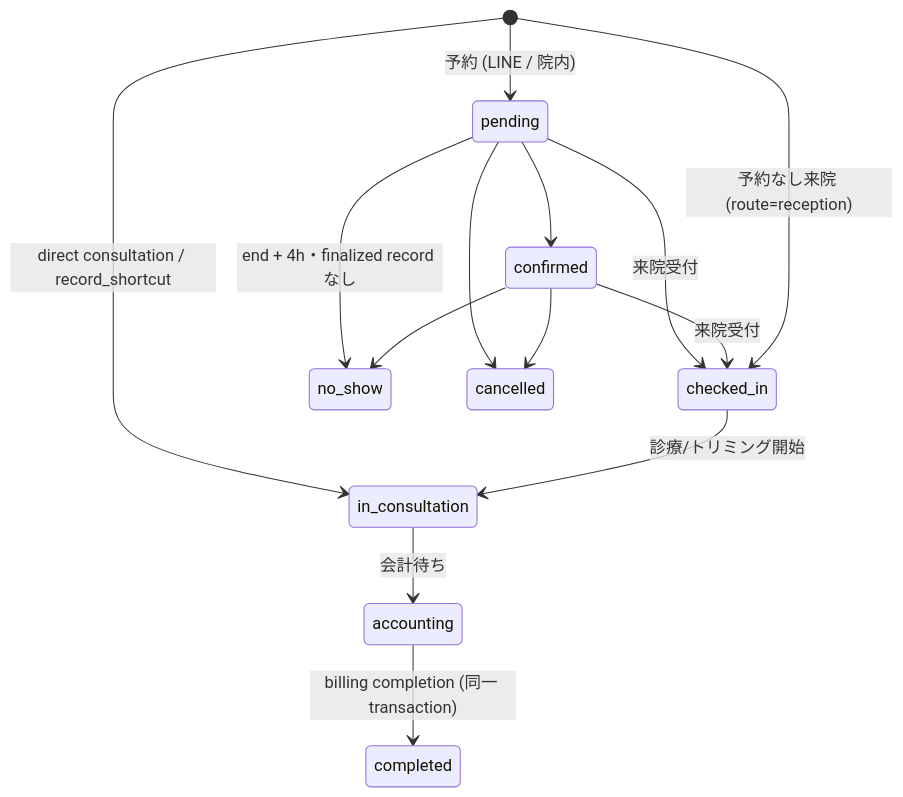
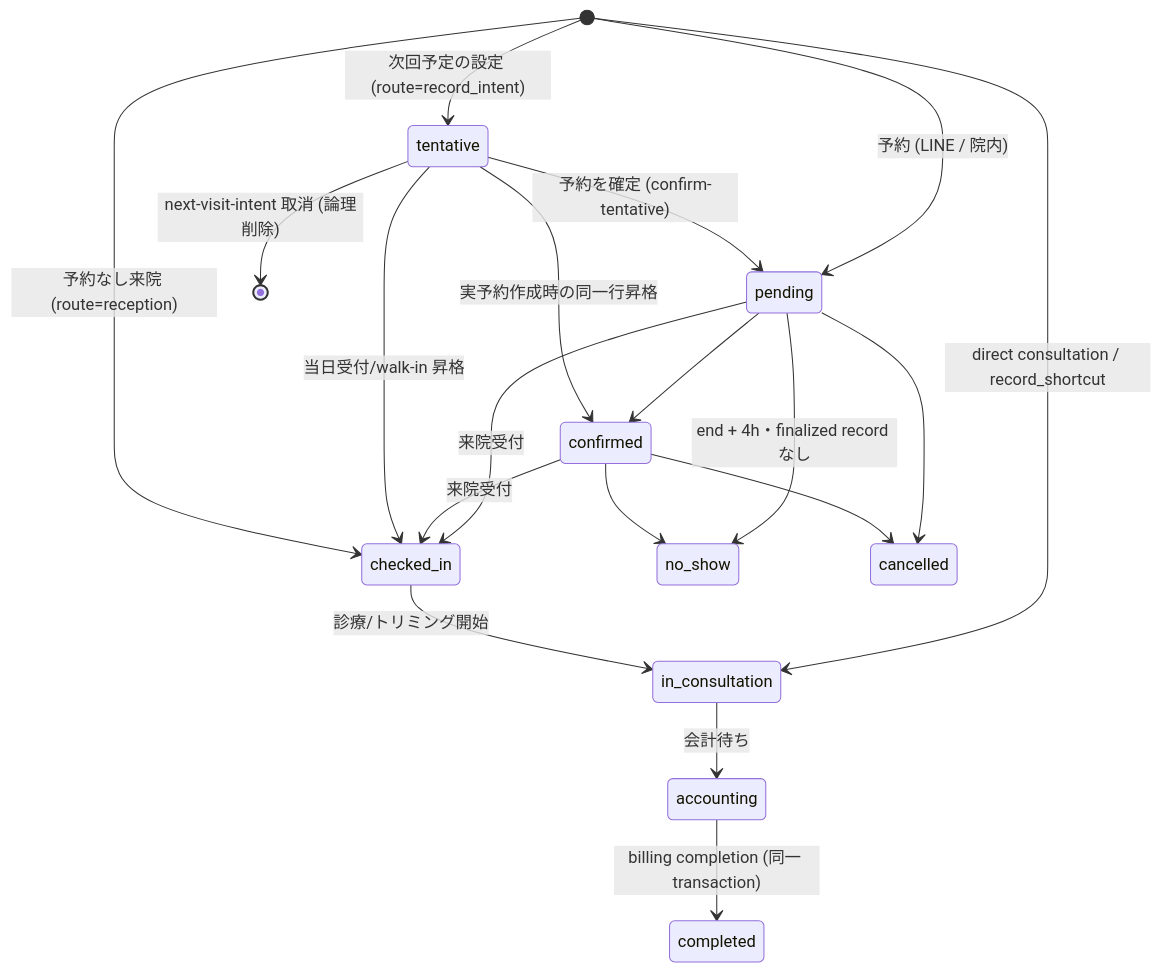
One commit to MinoruSoga/AnimalEkarte changed the diagram in docs/spec/reservation-to-record-flow.md. Above: the diagram before and after it, drawn with Mermaid. The commit also changed other lines of this file and 182 other files, not shown here.

````diff
--- a/docs/spec/reservation-to-record-flow.md
+++ b/docs/spec/reservation-to-record-flow.md
@@ -57,16 +60,21 @@
 ```mermaid
 stateDiagram-v2
     [*] --> pending : 予約 (LINE / 院内)
+    [*] --> tentative : 次回予定の設定 (route=record_intent)
     pending --> confirmed
     pending --> checked_in : 来院受付
     confirmed --> checked_in : 来院受付
+    tentative --> pending : 予約を確定 (confirm-tentative)
+    tentative --> confirmed : 実予約作成時の同一行昇格
+    tentative --> checked_in : 当日受付/walk-in 昇格
+    tentative --> [*] : next-visit-intent 取消 (論理削除)
     [*] --> checked_in : 予約なし来院 (route=reception)
     [*] --> in_consultation : direct consultation / record_shortcut
     checked_in --> in_consultation : 診療/トリミング開始
     in_consultation --> accounting : 会計待ち
     accounting --> completed : billing completion (同一 transaction)
     pending --> no_show : end + 4h・finalized record なし
     confirmed --> no_show
     pending --> cancelled
     confirmed --> cancelled
 ```
````
